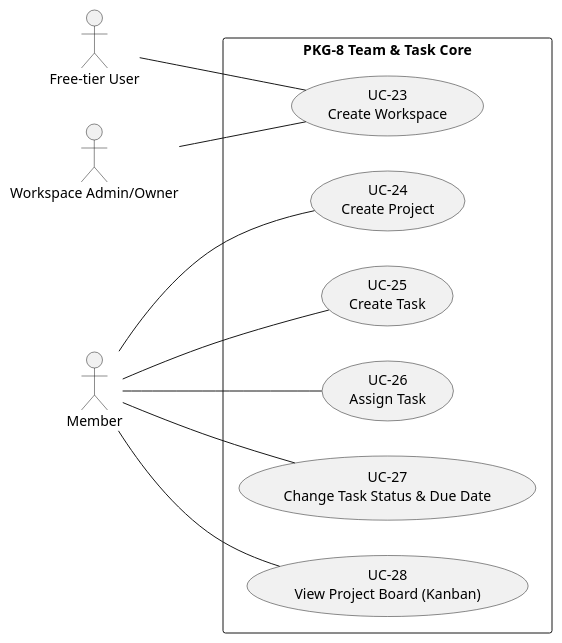
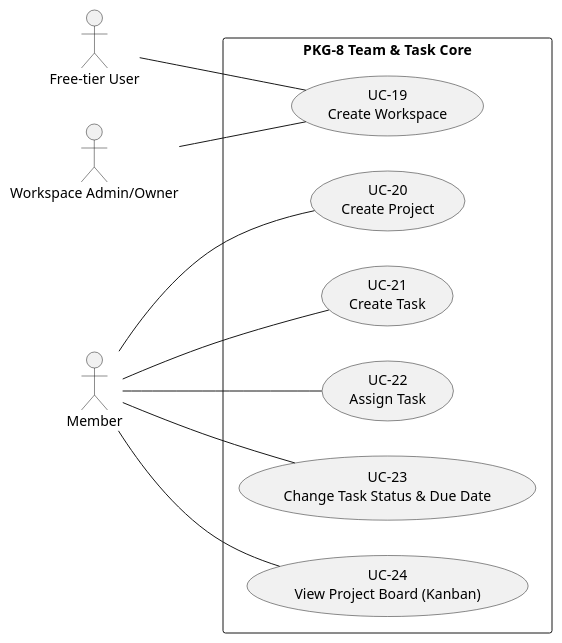
One commit to pauloribeiro16/Methodology_compact changed the third of 11 diagrams in 02_CASES/Case_01_TinyTask_SaaS/03_PHASE3_DECOMPOSITION_RICH/annexes/A_Use_Case_Diagrams.md. Above: the diagram before and after it, drawn with PlantUML. The commit also changed other lines of this file and 23 other files, not shown here.

Commit message:
[EXECUTOR] F3 ledger-zero C1: 4 borderline re-laned (UC-07/11/12/16 → PROC-18..21, P7) + compact renumber (36 UCs: compliance 01..13, product 14..36); Doc20 v3.4 + Doc32 v1.3 (4 SSDF cards + articulation) + annexes/SVGs; gates green (verify_rich exit 0, mermaid 196/196, smoke 16/16)

````diff
--- a/02_CASES/Case_01_TinyTask_SaaS/03_PHASE3_DECOMPOSITION_RICH/annexes/A_Use_Case_Diagrams.md
+++ b/02_CASES/Case_01_TinyTask_SaaS/03_PHASE3_DECOMPOSITION_RICH/annexes/A_Use_Case_Diagrams.md
@@ -137,23 +137,23 @@
 ```plantuml
 @startuml
 left to right direction
 actor "Free-tier User" as FU
 actor "Workspace Admin/Owner" as ADM
 actor "Member" as MEM
 rectangle "PKG-8 Team & Task Core" {
-usecase "UC-23\nCreate Workspace" as UC811
-usecase "UC-24\nCreate Project" as UC812
-usecase "UC-25\nCreate Task" as UC821
-usecase "UC-26\nAssign Task" as UC822
-usecase "UC-27\nChange Task Status & Due Date" as UC823
-usecase "UC-28\nView Project Board (Kanban)" as UC831
+usecase "UC-19\nCreate Workspace" as UC811
+usecase "UC-20\nCreate Project" as UC812
+usecase "UC-21\nCreate Task" as UC821
+usecase "UC-22\nAssign Task" as UC822
+usecase "UC-23\nChange Task Status & Due Date" as UC823
+usecase "UC-24\nView Project Board (Kanban)" as UC831
 }
 ADM -- UC811
 FU -- UC811
 MEM -- UC812
 MEM -- UC821
 MEM -- UC822
 MEM -- UC823
 MEM -- UC831
 @enduml
 ```
````
